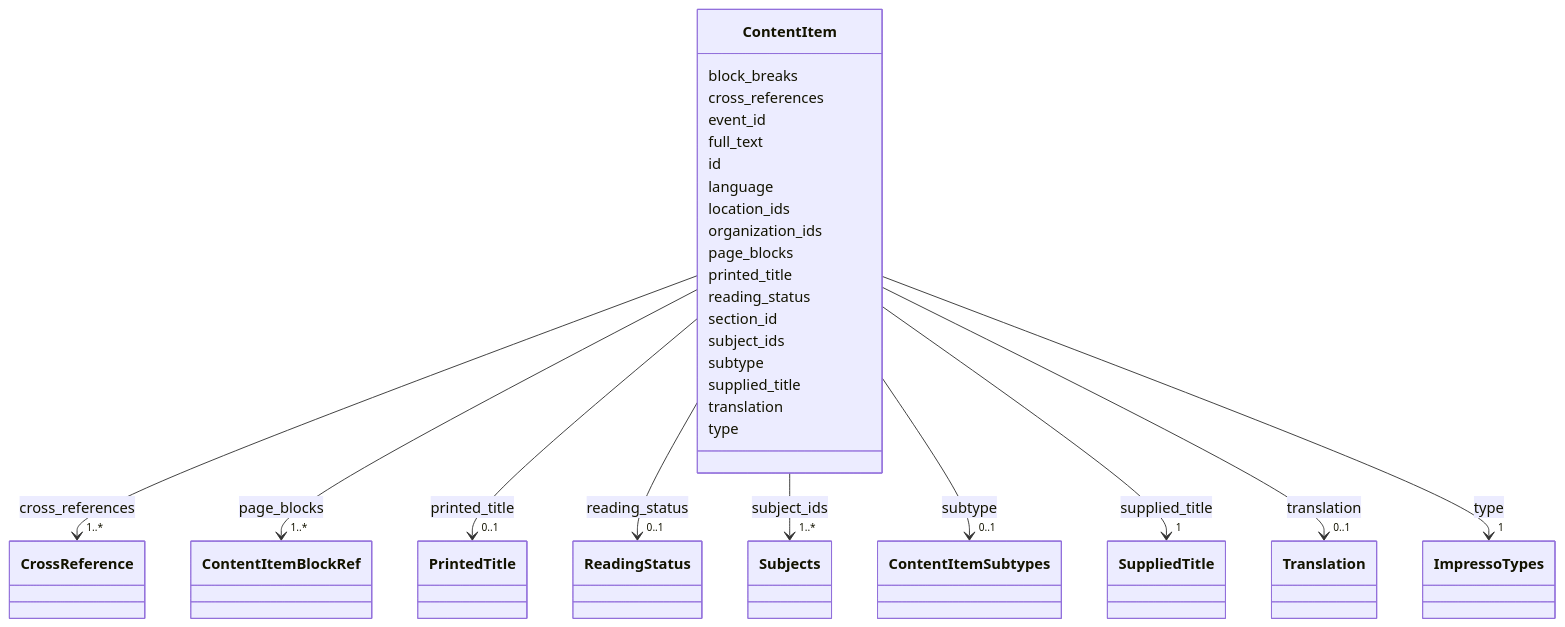
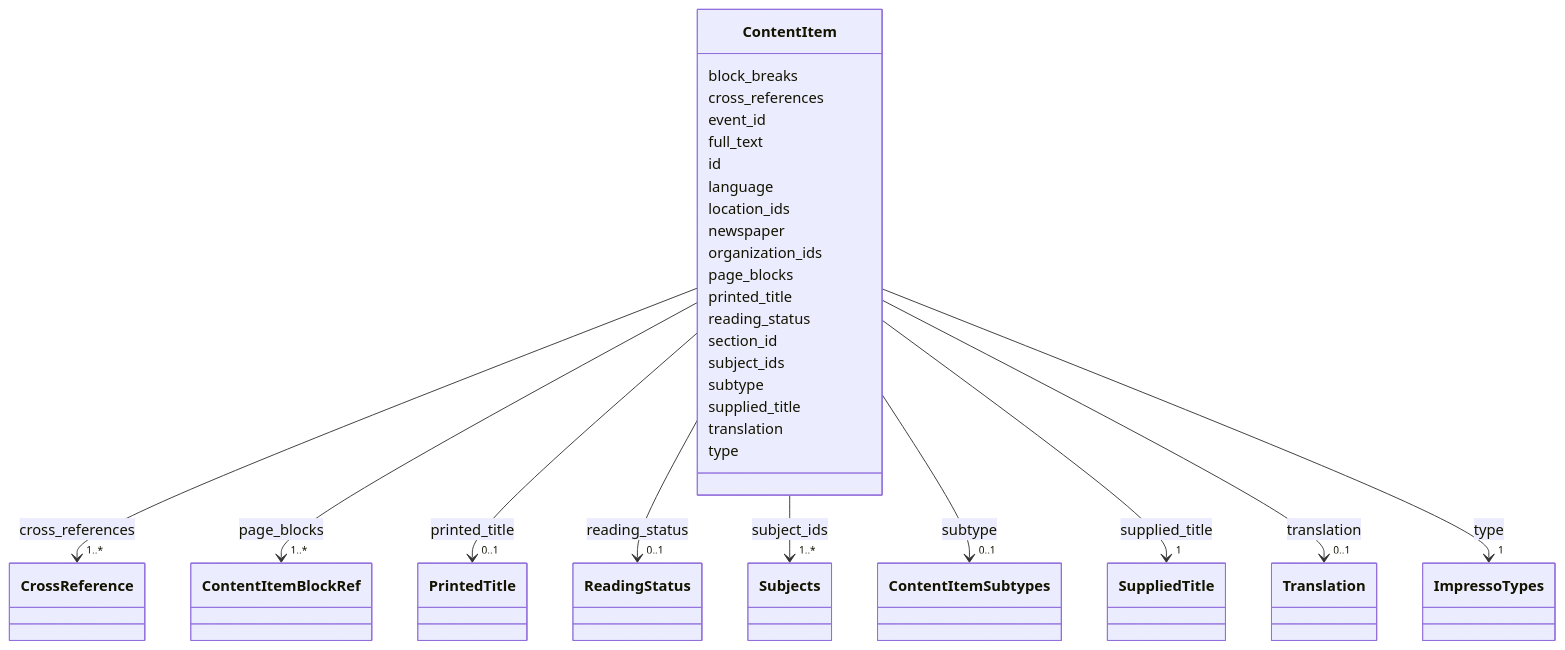
The diagram in linkml/generated/docs/content_items/ContentItem.md (dsmedia/pruzhany-schema), drawn with Mermaid before and after one commit. The commit also changed other lines of this file and 60 other files, not shown here.

```diff
--- a/linkml/generated/docs/content_items/ContentItem.md
+++ b/linkml/generated/docs/content_items/ContentItem.md
@@ -46,6 +46,8 @@
       ContentItem : language
         
       ContentItem : location_ids
+        
+      ContentItem : newspaper
         
       ContentItem : organization_ids
         
```
